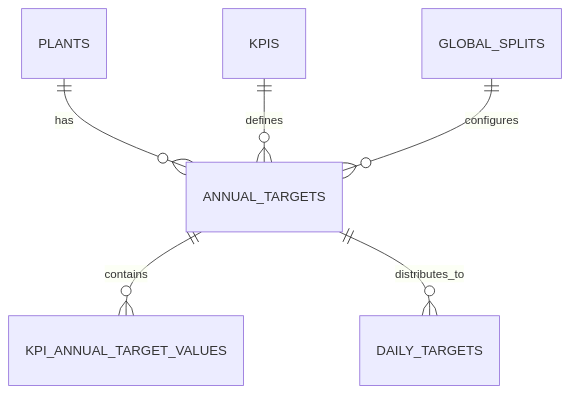
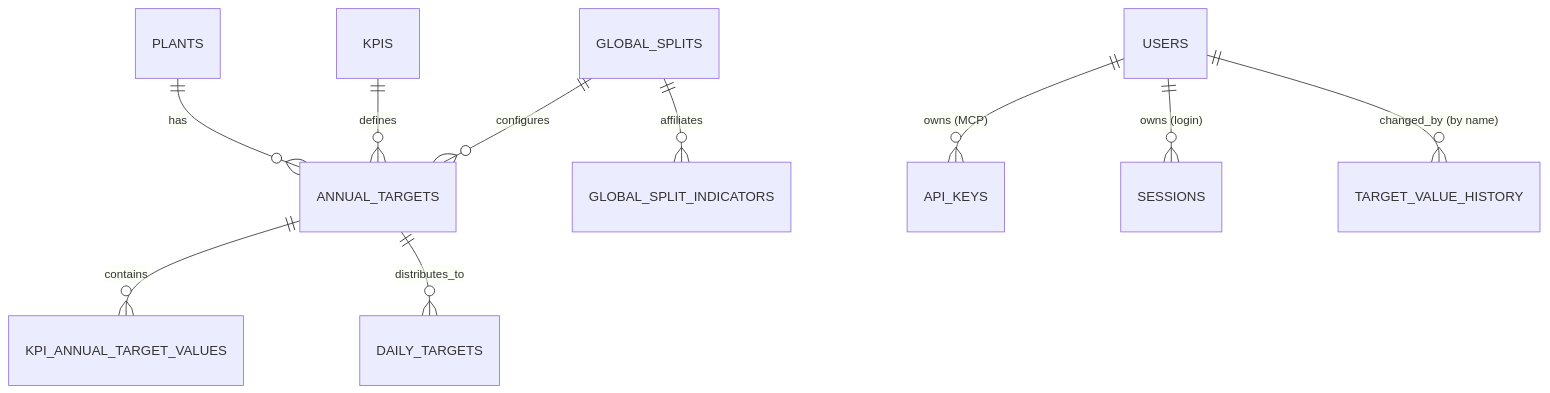
The diagram in docs/database_schema.md (MGriot/dataentryKPI), drawn with Mermaid before and after one commit. The commit also changed other lines of this file and 69 other files, not shown here.

First line of the commit message:
feat: React frontend, FastAPI backend, MCP server, and account auth (v2.0.0)

````diff
--- a/docs/database_schema.md
+++ b/docs/database_schema.md
@@ -53,9 +90,14 @@
 ```mermaid
 erDiagram
     PLANTS ||--o{ ANNUAL_TARGETS : "has"
     KPIS ||--o{ ANNUAL_TARGETS : "defines"
     GLOBAL_SPLITS ||--o{ ANNUAL_TARGETS : "configures"
-    
+    GLOBAL_SPLITS ||--o{ GLOBAL_SPLIT_INDICATORS : "affiliates"
+
     ANNUAL_TARGETS ||--o{ KPI_ANNUAL_TARGET_VALUES : "contains"
     ANNUAL_TARGETS ||--o{ DAILY_TARGETS : "distributes_to"
+
+    USERS ||--o{ API_KEYS : "owns (MCP)"
+    USERS ||--o{ SESSIONS : "owns (login)"
+    USERS ||--o{ TARGET_VALUE_HISTORY : "changed_by (by name)"
 ```
````
